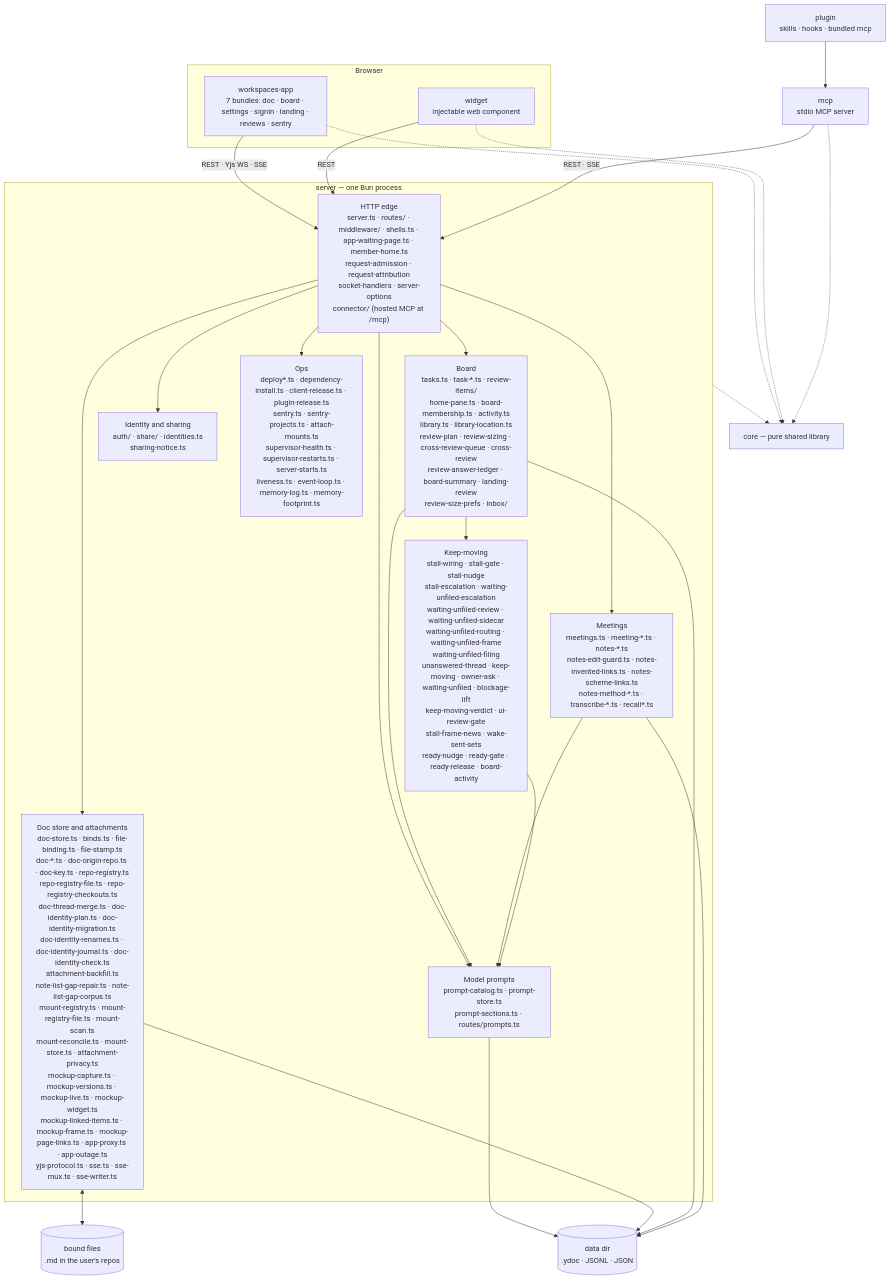
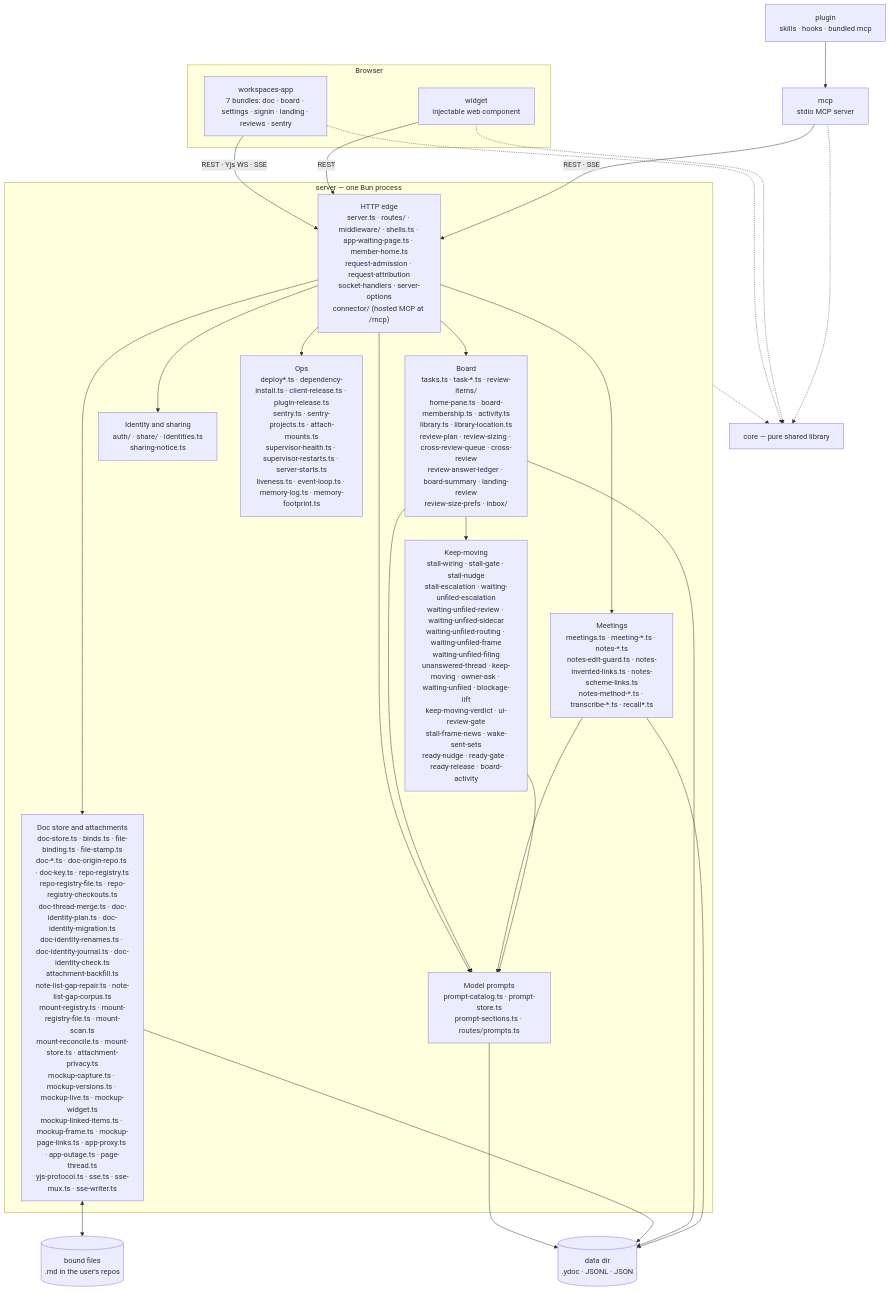
Before and after one commit to fryanpan/claude-workspace-plugin: the first of 2 diagrams in docs/architecture/overview.md, drawn with Mermaid. The commit also changed other lines of this file and 28 other files, not shown here.

First line of the commit message:
An agent comments on an app or mock page by its words, and suggests new words Bryan accepts in place (#1222)

````diff
--- a/docs/architecture/overview.md
+++ b/docs/architecture/overview.md
@@ -45,35 +45,35 @@
 ```mermaid
 flowchart TB
   subgraph browser[Browser]
     app["workspaces-app<br/>7 bundles: doc · board · settings · signin · landing · reviews · sentry"]
     wid["widget<br/>injectable web component"]
   end
   plug["plugin<br/>skills · hooks · bundled mcp"]
   mcp["mcp<br/>stdio MCP server"]
   subgraph srv["server — one Bun process"]
     edge["HTTP edge<br/>server.ts · routes/ · middleware/ · shells.ts · app-waiting-page.ts · member-home.ts<br/>request-admission · request-attribution<br/>socket-handlers · server-options<br/>connector/ (hosted MCP at /mcp)"]
-    docs["Doc store and attachments<br/>doc-store.ts · binds.ts · file-binding.ts · file-stamp.ts<br/>doc-*.ts · doc-origin-repo.ts · doc-key.ts · repo-registry.ts<br/>repo-registry-file.ts · repo-registry-checkouts.ts<br/>doc-thread-merge.ts · doc-identity-plan.ts · doc-identity-migration.ts<br/>doc-identity-renames.ts · doc-identity-journal.ts · doc-identity-check.ts<br/>attachment-backfill.ts<br/>note-list-gap-repair.ts · note-list-gap-corpus.ts<br/>mount-registry.ts · mount-registry-file.ts · mount-scan.ts<br/>mount-reconcile.ts · mount-store.ts · attachment-privacy.ts<br/>mockup-capture.ts · mockup-versions.ts · mockup-live.ts · mockup-widget.ts<br/>mockup-linked-items.ts · mockup-frame.ts · mockup-page-links.ts · app-proxy.ts · app-outage.ts<br/>yjs-protocol.ts · sse.ts · sse-mux.ts · sse-writer.ts"]
+    docs["Doc store and attachments<br/>doc-store.ts · binds.ts · file-binding.ts · file-stamp.ts<br/>doc-*.ts · doc-origin-repo.ts · doc-key.ts · repo-registry.ts<br/>repo-registry-file.ts · repo-registry-checkouts.ts<br/>doc-thread-merge.ts · doc-identity-plan.ts · doc-identity-migration.ts<br/>doc-identity-renames.ts · doc-identity-journal.ts · doc-identity-check.ts<br/>attachment-backfill.ts<br/>note-list-gap-repair.ts · note-list-gap-corpus.ts<br/>mount-registry.ts · mount-registry-file.ts · mount-scan.ts<br/>mount-reconcile.ts · mount-store.ts · attachment-privacy.ts<br/>mockup-capture.ts · mockup-versions.ts · mockup-live.ts · mockup-widget.ts<br/>mockup-linked-items.ts · mockup-frame.ts · mockup-page-links.ts · app-proxy.ts · app-outage.ts · page-thread.ts<br/>yjs-protocol.ts · sse.ts · sse-mux.ts · sse-writer.ts"]
     board["Board<br/>tasks.ts · task-*.ts · review-items/<br/>home-pane.ts · board-membership.ts · activity.ts<br/>library.ts · library-location.ts<br/>review-plan · review-sizing · cross-review-queue · cross-review<br/>review-answer-ledger · board-summary · landing-review<br/>review-size-prefs · inbox/"]
     meet["Meetings<br/>meetings.ts · meeting-*.ts · notes-*.ts<br/>notes-edit-guard.ts · notes-invented-links.ts · notes-scheme-links.ts<br/>notes-method-*.ts · transcribe-*.ts · recall*.ts"]
     keep["Keep-moving<br/>stall-wiring · stall-gate · stall-nudge<br/>stall-escalation · waiting-unfiled-escalation<br/>waiting-unfiled-review · waiting-unfiled-sidecar<br/>waiting-unfiled-routing · waiting-unfiled-frame<br/>waiting-unfiled-filing<br/>unanswered-thread · keep-moving · owner-ask · waiting-unfiled · blockage-lift<br/>keep-moving-verdict · ui-review-gate<br/>stall-frame-news · wake-sent-sets<br/>ready-nudge · ready-gate · ready-release · board-activity"]
     ident["Identity and sharing<br/>auth/ · share/ · identities.ts<br/>sharing-notice.ts"]
     prompts["Model prompts<br/>prompt-catalog.ts · prompt-store.ts<br/>prompt-sections.ts · routes/prompts.ts"]
     ops["Ops<br/>deploy*.ts · dependency-install.ts · client-release.ts · plugin-release.ts<br/>sentry.ts · sentry-projects.ts · attach-mounts.ts<br/>supervisor-health.ts · supervisor-restarts.ts · server-starts.ts<br/>liveness.ts · event-loop.ts · memory-log.ts · memory-footprint.ts"]
   end
   core["core — pure shared library"]
   disk[("data dir<br/>.ydoc · JSONL · JSON")]
   files[("bound files<br/>.md in the user's repos")]
 
   app -->|"REST · Yjs WS · SSE"| edge
   wid -->|REST| edge
   plug --> mcp
   mcp -->|"REST · SSE"| edge
   edge --> docs & board & meet & ident & ops & prompts
   board & meet & keep --> prompts
   prompts --> disk
   board --> keep
   docs <--> files
   docs & board & meet --> disk
   app & wid & mcp -.-> core
   srv -.-> core
 ```
````
